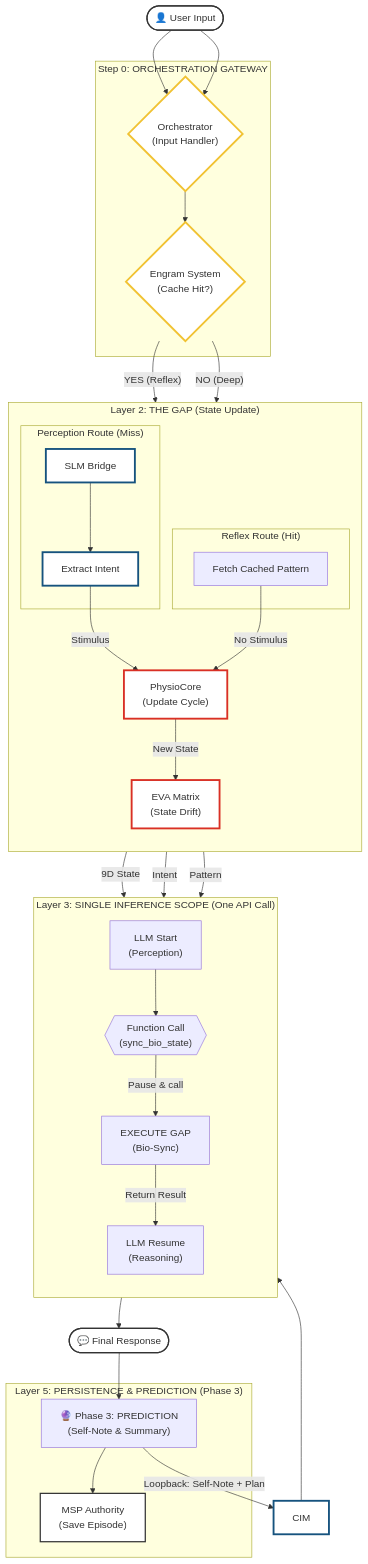
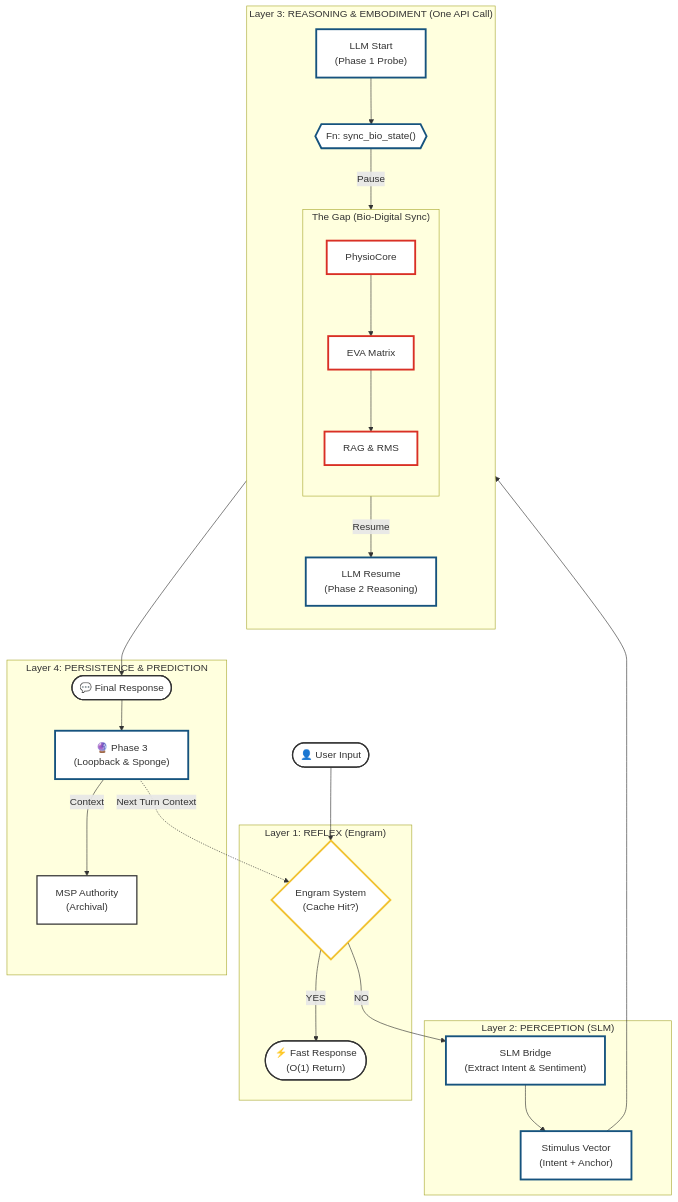
Before and after one commit to Freshair129/agentic_agent: the diagram in docs/03_Architecture/FULL_SYSTEM_ARCHITECTURE_v9.6.2.md, drawn with Mermaid. The commit also changed other lines of this file, not shown here.

Commit message:
[Docs] Corrected Architecture Diagram: Explicit Engram -> SLM Flow

````diff
--- a/docs/03_Architecture/FULL_SYSTEM_ARCHITECTURE_v9.6.2.md
+++ b/docs/03_Architecture/FULL_SYSTEM_ARCHITECTURE_v9.6.2.md
@@ -14,108 +14,83 @@
 ```mermaid
 graph TD
     %% ==========================================
-    %% 1. INPUT LAYER
+    %% 1. INPUT & REFLEX (STEP 0)
     %% ==========================================
-    UserIn(["👤 User Input"]) --> OrchStart
+    UserIn(["👤 User Input"]) --> EngramCheck
     
-    subgraph CNS ["Step 0: ORCHESTRATION GATEWAY"]
-        OrchStart{"Orchestrator<br/>Receive Input"}
+    subgraph Reflex ["Layer 1: REFLEX (Engram)"]
+        EngramCheck{"Engram System<br/>(Cache Hit?)"}
+        FastOut(["⚡ Fast Response<br/>(O(1) Return)"])
+    end
+    
+    EngramCheck -- "YES" --> FastOut
+    EngramCheck -- "NO" --> SLM
+
+    %% ==========================================
+    %% 2. PERCEPTION (STEP 1)
+    %% ==========================================
+    subgraph Perception ["Layer 2: PERCEPTION (SLM)"]
+        SLM["SLM Bridge<br/>(Extract Intent & Sentiment)"]
+        Stimulus["Stimulus Vector<br/>(Intent + Anchor)"]
+    end
+    
+    SLM --> Stimulus
+
+    %% ==========================================
+    %% 3. EMBODIMENT & REASONING (STEP 2-3)
+    %% ==========================================
+    subgraph BodyMind ["Layer 3: REASONING & EMBODIMENT (One API Call)"]
+        direction TB
+        
+        %% Phase 1
+        Stimulus --> LLM_Start["LLM Start<br/>(Phase 1 Probe)"]
+        
+        %% Function Call
+        LLM_Start --> FnCall{{"Fn: sync_bio_state()"}}
+        
+        %% The Gap
+        subgraph Gap ["The Gap (Bio-Digital Sync)"]
+            direction TB
+            Physio["PhysioCore"]
+            Matrix["EVA Matrix"]
+            MemRetrieval["RAG & RMS"]
+        end
+        
+        FnCall -->|Pause| Physio
+        Physio --> Matrix
+        Matrix --> MemRetrieval
+        
+        %% Phase 2
+        MemRetrieval -->|Resume| LLM_Resume["LLM Resume<br/>(Phase 2 Reasoning)"]
     end
 
     %% ==========================================
-    %% 2. ORCHESTRATION & REFLEX
+    %% 4. PERSISTENCE & PREDICTION (STEP 4)
     %% ==========================================
-    subgraph CNS ["Step 0: ORCHESTRATION"]
-        OrchStart{"Orchestrator<br/>(Input Handler)"}
-        EngramCheck{"Engram System<br/>(Cache Hit?)"}
+    subgraph Phase3 ["Layer 4: PERSISTENCE & PREDICTION"]
+        FinalOut(["💬 Final Response"])
+        Prediction["🔮 Phase 3<br/>(Loopback & Sponge)"]
+        MSP["MSP Authority<br/>(Archival)"]
     end
 
-    UserIn --> OrchStart
-    OrchStart --> EngramCheck
+    LLM_Resume --> FinalOut
+    FinalOut --> Prediction
+    Prediction -->|Context| MSP
+    
+    %% Loopback
+    Prediction -.->|Next Turn Context| EngramCheck
 
     %% ==========================================
-    %% 3. THE GAP (Embodiment & State Update)
-    %% ==========================================
-    %% CRITICAL: All paths must update Physio State
-    subgraph Gap ["Layer 2: THE GAP (State Update)"]
-        direction TB
-        
-        Physio["PhysioCore<br/>(Update Cycle)"]
-        Matrix["EVA Matrix<br/>(State Drift)"]
-        
-        subgraph Perception ["Perception Route (Miss)"]
-            SLM["SLM Bridge"]
-            ExtractIntent["Extract Intent"]
-        end
-        
-        subgraph Reflex ["Reflex Route (Hit)"]
-            FetchCached["Fetch Cached Pattern"]
-        end
-    end
-
-    %% Routing
-    EngramCheck -- "YES (Reflex)" --> FetchCached
-    EngramCheck -- "NO (Deep)" --> SLM
-
-    %% Logic Flow
-    SLM --> ExtractIntent
-    ExtractIntent -->|Stimulus| Physio
-    FetchCached -->|No Stimulus| Physio
-    
-    Physio -->|New State| Matrix
-
-    %% ==========================================
-    %% 4. CONTEXT & REASONING (Synthesis)
-    %% ==========================================
-    %% CRITICAL: CIM must inject State into LLM regardless of path
-    %% ==========================================
-    %% 4. SINGLE INFERENCE SCOPE (Function Calling Loop)
-    %% ==========================================
-    %% CRITICAL: This is ONE API Call, paused for The Gap
-    subgraph Inference ["Layer 3: SINGLE INFERENCE SCOPE (One API Call)"]
-        direction TB
-        LLM_Start["LLM Start<br/>(Perception)"]
-        FnCall{{"Function Call<br/>(sync_bio_state)"}}
-        Gap_Execution["EXECUTE GAP<br/>(Bio-Sync)"]
-        LLM_Resume["LLM Resume<br/>(Reasoning)"]
-    end
-
-    %% Wiring the Loop
-    CIM --> LLM_Start
-    LLM_Start --> FnCall
-    FnCall -->|Pause & call| Gap_Execution
-    
-    %% The Gap connects here
-    Matrix -->|9D State| Gap_Execution
-    ExtractIntent -->|Intent| Gap_Execution
-    FetchCached -->|Pattern| Gap_Execution
-    
-    Gap_Execution -->|Return Result| LLM_Resume
-
-    %% ==========================================
-    %% 5. OUTPUT & PERSISTENCE
-    %% ==========================================
-    subgraph Save ["Layer 5: PERSISTENCE & PREDICTION (Phase 3)"]
-        MSP["MSP Authority<br/>(Save Episode)"]
-        Phase3["🔮 Phase 3: PREDICTION<br/>(Self-Note & Summary)"]
-    end
-
-    LLM_Resume --> FinalOut(["💬 Final Response"])
-    FinalOut --> Phase3
-    Phase3 -->|Loopback: Self-Note + Plan| CIM
-    Phase3 --> MSP
-
-    %% ==========================================
-    %% STYLING (High Contrast)
+    %% STYLING
     %% ==========================================
     classDef Node fill:#ffffff,stroke:#333333,stroke-width:2px;
     classDef Critical fill:#ffffff,stroke:#d93025,stroke-width:3px;
     classDef Logic fill:#ffffff,stroke:#16537e,stroke-width:3px;
     classDef Fast fill:#ffffff,stroke:#f1c232,stroke-width:3px;
 
-    class UserIn,FinalOut Node;
-    class OrchStart,EngramCheck,EngramAction Fast;
-    class SLM,ExtractIntent,Stimulus,CIM,LLM Logic;
-    class Physio,Matrix,RAG,Qualia Critical;
+    class UserIn,FastOut,FinalOut Node;
+    class EngramCheck,EngramAction Fast;
+    class SLM,Stimulus,LLM_Start,LLM_Resume,FnCall,Prediction Logic;
+    class Physio,Matrix,MemRetrieval Critical;
     class MSP Node;
 ```
````
